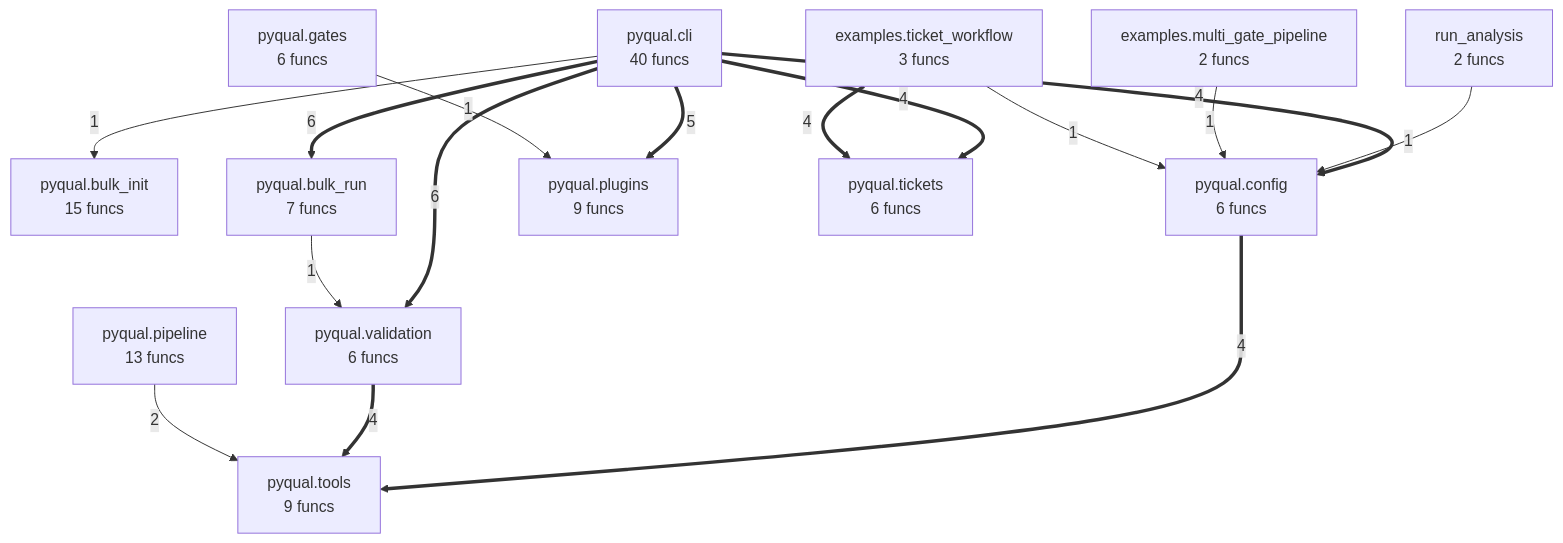
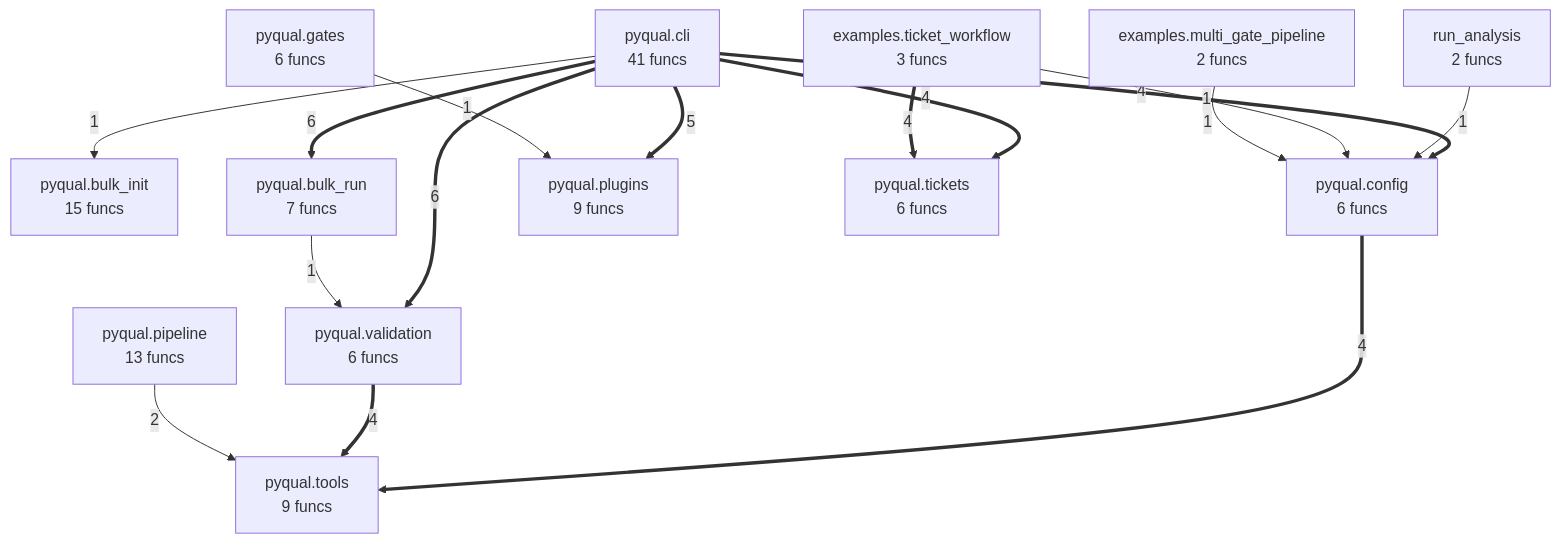
The diagram in project/compact_flow.mmd (semcod/pyqual), drawn with Mermaid before and after one commit. The commit also changed 21 other files, not shown here.

```diff
--- a/project/compact_flow.mmd
+++ b/project/compact_flow.mmd
@@ -1,29 +1,29 @@
 flowchart TD
     examples__multi_gate_pipeline["examples.multi_gate_pipeline<br/>2 funcs"]
     examples__ticket_workflow["examples.ticket_workflow<br/>3 funcs"]
     pyqual__bulk_init["pyqual.bulk_init<br/>15 funcs"]
     pyqual__bulk_run["pyqual.bulk_run<br/>7 funcs"]
-    pyqual__cli["pyqual.cli<br/>40 funcs"]
+    pyqual__cli["pyqual.cli<br/>41 funcs"]
     pyqual__config["pyqual.config<br/>6 funcs"]
     pyqual__gates["pyqual.gates<br/>6 funcs"]
     pyqual__pipeline["pyqual.pipeline<br/>13 funcs"]
     pyqual__plugins["pyqual.plugins<br/>9 funcs"]
     pyqual__tickets["pyqual.tickets<br/>6 funcs"]
     pyqual__tools["pyqual.tools<br/>9 funcs"]
     pyqual__validation["pyqual.validation<br/>6 funcs"]
     run_analysis["run_analysis<br/>2 funcs"]
     pyqual__cli ==>|6| pyqual__bulk_run
     pyqual__cli ==>|6| pyqual__validation
     pyqual__cli ==>|5| pyqual__plugins
     pyqual__config ==>|4| pyqual__tools
     pyqual__cli ==>|4| pyqual__config
     pyqual__cli ==>|4| pyqual__tickets
     pyqual__validation ==>|4| pyqual__tools
     examples__ticket_workflow ==>|4| pyqual__tickets
     pyqual__pipeline -->|2| pyqual__tools
     run_analysis -->|1| pyqual__config
     pyqual__gates -->|1| pyqual__plugins
     pyqual__cli -->|1| pyqual__bulk_init
+    pyqual__bulk_run -->|1| pyqual__validation
+    examples__ticket_workflow -->|1| pyqual__config
     examples__multi_gate_pipeline -->|1| pyqual__config
-    examples__ticket_workflow -->|1| pyqual__config
-    pyqual__bulk_run -->|1| pyqual__validation
```
